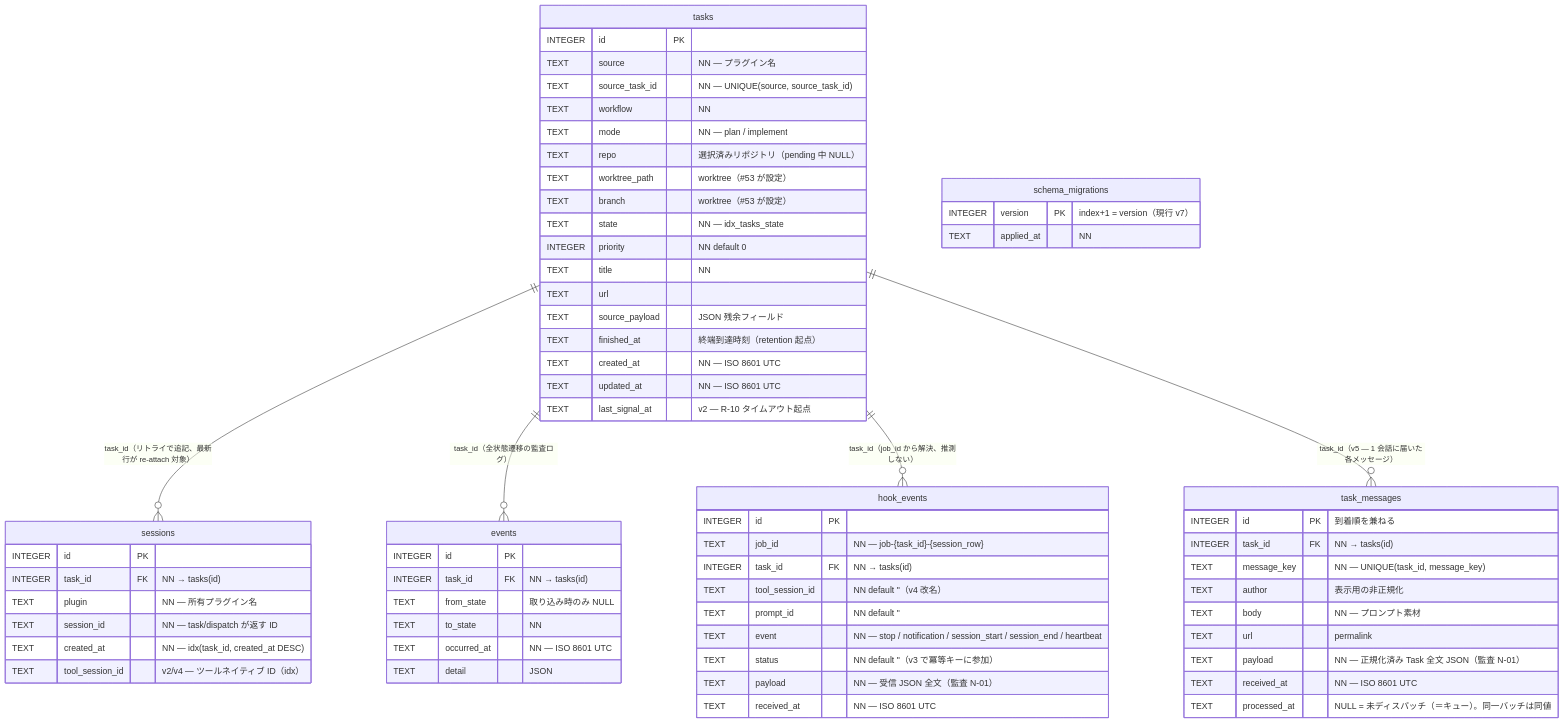
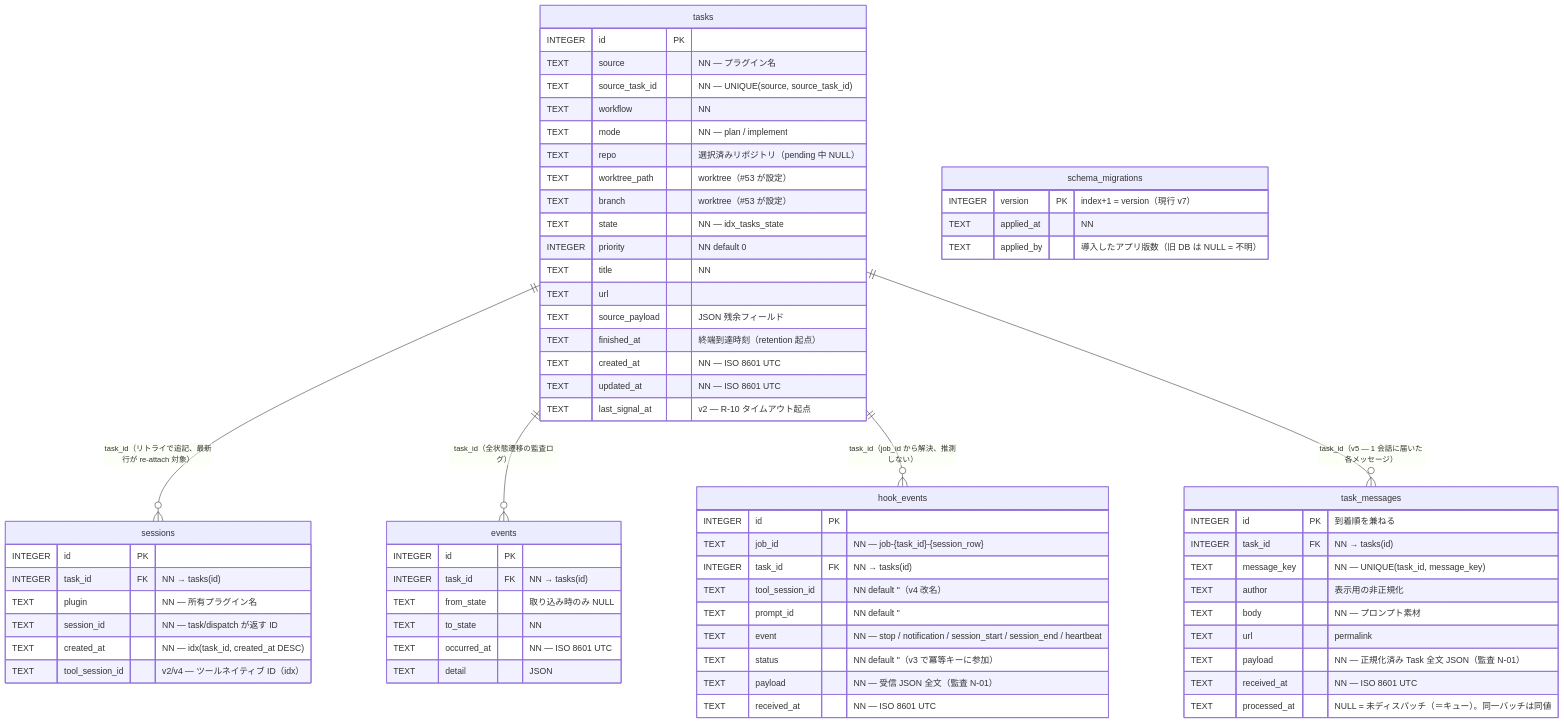
Before and after one commit to tomoya-k31/totsuka: the diagram in docs/data/state-db.md, drawn with Mermaid. The commit also changed other lines of this file and 3 other files, not shown here.

First line of the commit message:
feat(core): schema_migrations に applied_by 列とバージョン付きバックアップ (#285)

````diff
--- a/docs/data/state-db.md
+++ b/docs/data/state-db.md
@@ -22,74 +22,75 @@
 ```mermaid
 erDiagram
     tasks ||--o{ sessions : "task_id（リトライで追記、最新行が re-attach 対象）"
     tasks ||--o{ events : "task_id（全状態遷移の監査ログ）"
     tasks ||--o{ hook_events : "task_id（job_id から解決、推測しない）"
     tasks ||--o{ task_messages : "task_id（v5 — 1 会話に届いた各メッセージ）"
 
     tasks {
         INTEGER id PK
         TEXT source "NN — プラグイン名"
         TEXT source_task_id "NN — UNIQUE(source, source_task_id)"
         TEXT workflow "NN"
         TEXT mode "NN — plan / implement"
         TEXT repo "選択済みリポジトリ（pending 中 NULL）"
         TEXT worktree_path "worktree（#53 が設定）"
         TEXT branch "worktree（#53 が設定）"
         TEXT state "NN — idx_tasks_state"
         INTEGER priority "NN default 0"
         TEXT title "NN"
         TEXT url
         TEXT source_payload "JSON 残余フィールド"
         TEXT finished_at "終端到達時刻（retention 起点）"
         TEXT created_at "NN — ISO 8601 UTC"
         TEXT updated_at "NN — ISO 8601 UTC"
         TEXT last_signal_at "v2 — R-10 タイムアウト起点"
     }
 
     sessions {
         INTEGER id PK
         INTEGER task_id FK "NN → tasks(id)"
         TEXT plugin "NN — 所有プラグイン名"
         TEXT session_id "NN — task/dispatch が返す ID"
         TEXT created_at "NN — idx(task_id, created_at DESC)"
         TEXT tool_session_id "v2/v4 — ツールネイティブ ID（idx）"
     }
 
     events {
         INTEGER id PK
         INTEGER task_id FK "NN → tasks(id)"
         TEXT from_state "取り込み時のみ NULL"
         TEXT to_state "NN"
         TEXT occurred_at "NN — ISO 8601 UTC"
         TEXT detail "JSON"
     }
 
     hook_events {
         INTEGER id PK
         TEXT job_id "NN — job-{task_id}-{session_row}"
         INTEGER task_id FK "NN → tasks(id)"
         TEXT tool_session_id "NN default ''（v4 改名）"
         TEXT prompt_id "NN default ''"
         TEXT event "NN — stop / notification / session_start / session_end / heartbeat"
         TEXT status "NN default ''（v3 で冪等キーに参加）"
         TEXT payload "NN — 受信 JSON 全文（監査 N-01）"
         TEXT received_at "NN — ISO 8601 UTC"
     }
 
     task_messages {
         INTEGER id PK "到着順を兼ねる"
         INTEGER task_id FK "NN → tasks(id)"
         TEXT message_key "NN — UNIQUE(task_id, message_key)"
         TEXT author "表示用の非正規化"
         TEXT body "NN — プロンプト素材"
         TEXT url "permalink"
         TEXT payload "NN — 正規化済み Task 全文 JSON（監査 N-01）"
         TEXT received_at "NN — ISO 8601 UTC"
         TEXT processed_at "NULL = 未ディスパッチ（＝キュー）。同一バッチは同値"
     }
 
     schema_migrations {
         INTEGER version PK "index+1 = version（現行 v7）"
         TEXT applied_at "NN"
+        TEXT applied_by "導入したアプリ版数（旧 DB は NULL = 不明）"
     }
 ```
````
